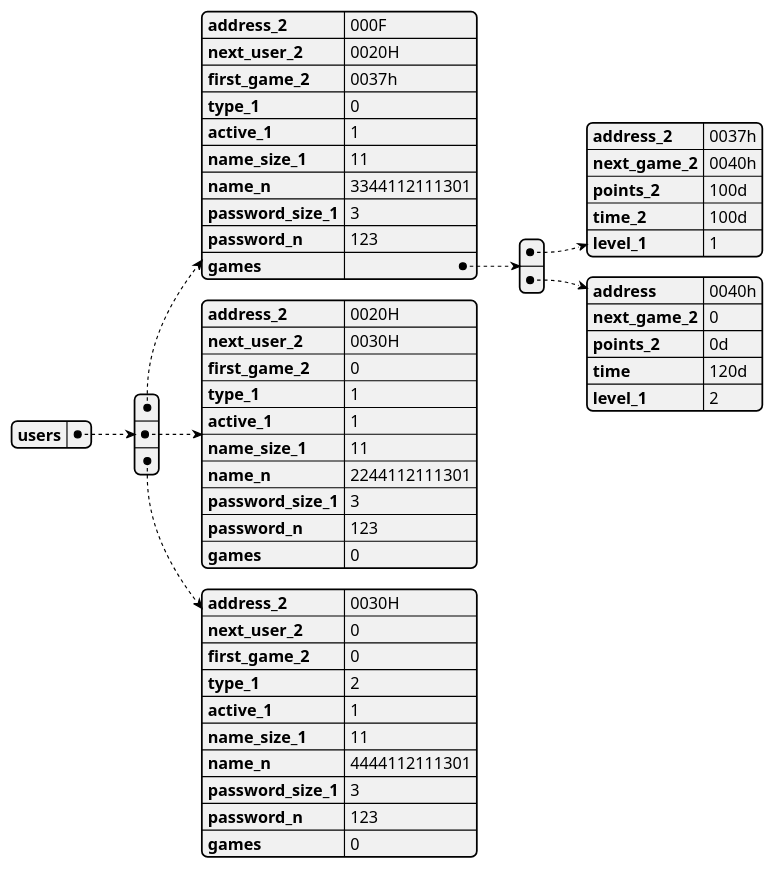
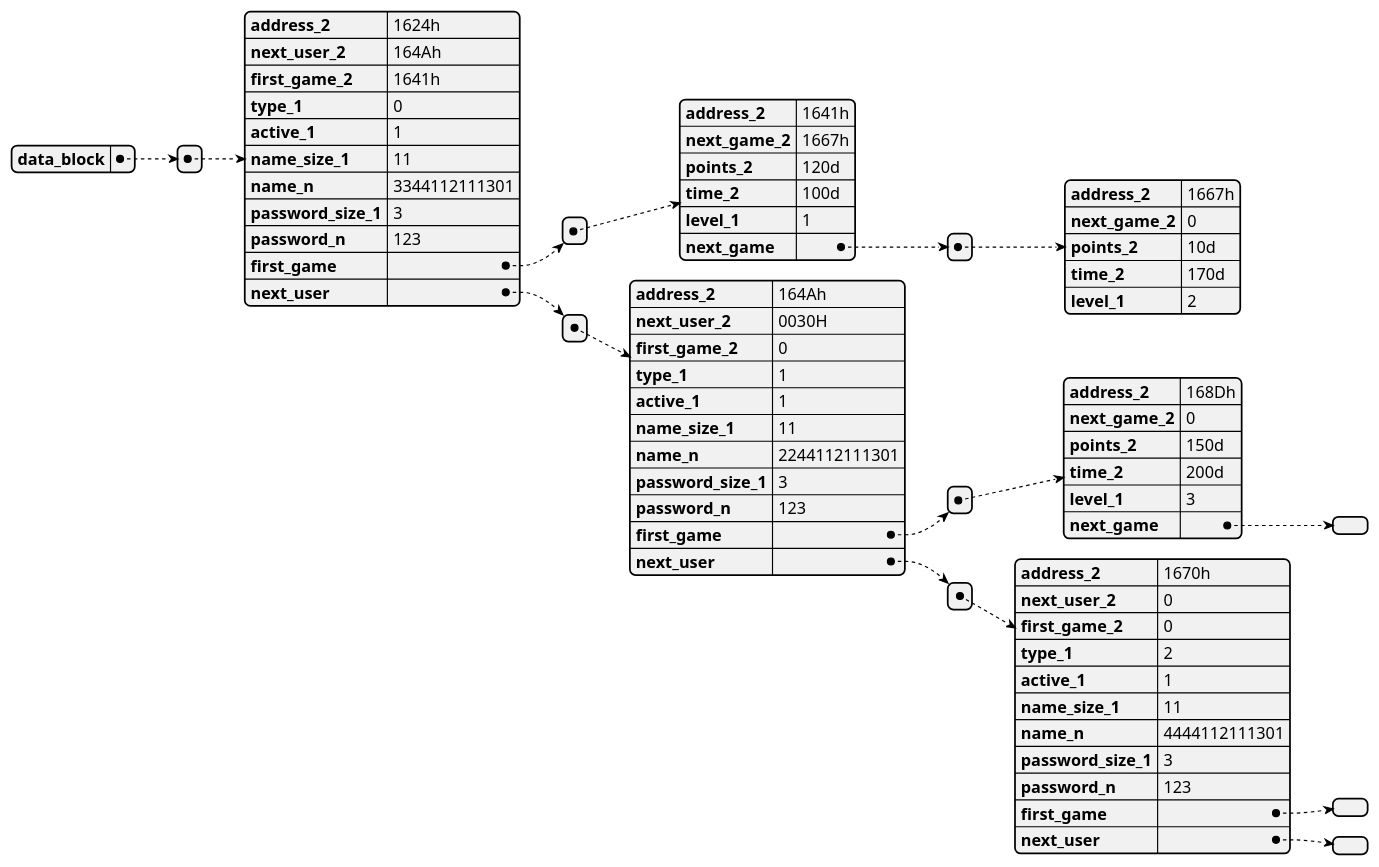
One commit to damianpeaf/ACE1_Proyecto2 changed the diagram in docs/memory/memory.puml. Above: the diagram before and after it, drawn with PlantUML. The commit also changed 4 other files, not shown here.

```diff
--- a/docs/memory/memory.puml
+++ b/docs/memory/memory.puml
@@ -1,59 +1,73 @@
 @startjson
-
 {
-    "users": [
+    "data_block": [
         {
-            "address_2": "000F",
-            "next_user_2": "0020H",
-            "first_game_2": "0037h",
+            "address_2": "1624h",
+            "next_user_2": "164Ah",
+            "first_game_2": "1641h",
             "type_1": 0,
             "active_1": 1,
             "name_size_1": 11,
             "name_n": "3344112111301",
             "password_size_1": 3,
             "password_n": "123",
-            "games": [
+            "first_game": [
                 {
-                    "address_2": "0037h",
-                    "next_game_2": "0040h",
-                    "points_2": "100d",
+                    "address_2": "1641h",
+                    "next_game_2": "1667h",
+                    "points_2": "120d",
                     "time_2": "100d",
-                    "level_1": 1
-                },
+                    "level_1": 1,
+                    "next_game": [
+                        {
+                            "address_2": "1667h",
+                            "next_game_2": 0,
+                            "points_2": "10d",
+                            "time_2": "170d",
+                            "level_1": 2
+                        }
+                    ]
+                }
+            ],
+            "next_user": [
                 {
-                    "address": "0040h",
-                    "next_game_2": 0,
-                    "points_2": "0d",
-                    "time": "120d",
-                    "level_1": 2
+                    "address_2": "164Ah",
+                    "next_user_2": "0030H",
+                    "first_game_2": 0,
+                    "type_1": 1,
+                    "active_1": 1,
+                    "name_size_1": 11,
+                    "name_n": "2244112111301",
+                    "password_size_1": 3,
+                    "password_n": "123",
+                    "first_game": [
+                        {
+                            "address_2": "168Dh",
+                            "next_game_2": "0",
+                            "points_2": "150d",
+                            "time_2": "200d",
+                            "level_1": 3,
+                            "next_game": []
+                        }
+                    ],
+                    "next_user": [
+                        {
+                            "address_2": "1670h",
+                            "next_user_2": 0,
+                            "first_game_2": 0,
+                            "type_1": 2,
+                            "active_1": 1,
+                            "name_size_1": 11,
+                            "name_n": "4444112111301",
+                            "password_size_1": 3,
+                            "password_n": "123",
+                            "first_game": [],
+                            "next_user": []
+                        }
+                    ]
                 }
             ]
-        },
-        {
-            "address_2": "0020H",
-            "next_user_2": "0030H",
-            "first_game_2": 0,
-            "type_1": 1,
-            "active_1": 1,
-            "name_size_1": 11,
-            "name_n": "2244112111301",
-            "password_size_1": 3,
-            "password_n": "123",
-            "games": 0
-        },
-        {
-            "address_2": "0030H",
-            "next_user_2": 0,
-            "first_game_2": 0,
-            "type_1": 2,
-            "active_1": 1,
-            "name_size_1": 11,
-            "name_n": "4444112111301",
-            "password_size_1": 3,
-            "password_n": "123",
-            "games": 0
         }
     ]
 }
-
 @endjson
```
